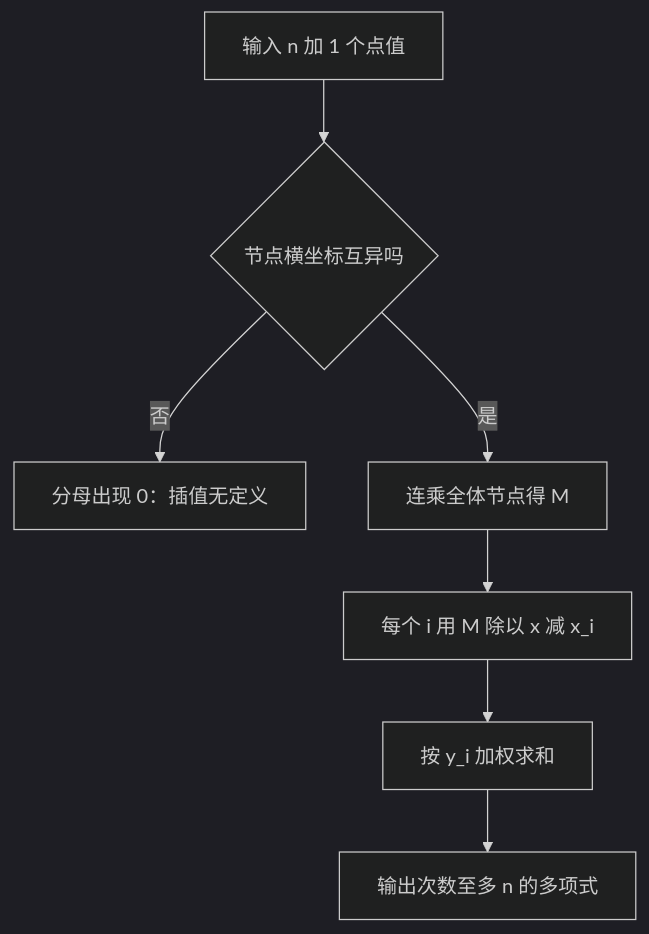
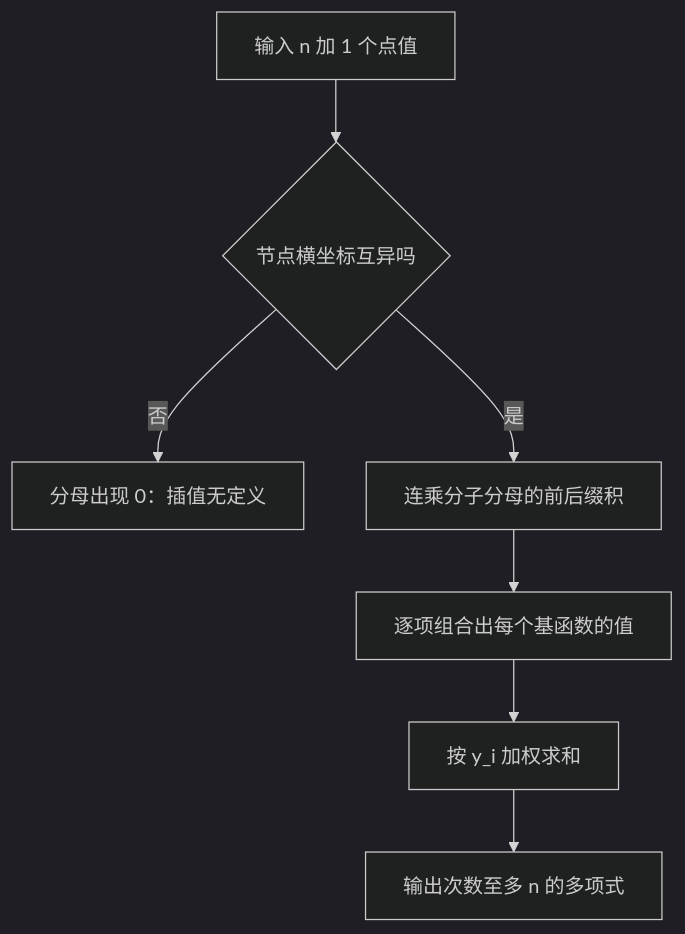
The first of 2 diagrams in docs/cs/lagrange-interpolation.md (xhongduo-tech/xhongduo-tech.github.io), drawn with Mermaid (dark theme) before and after one commit. The commit also changed other lines of this file and 7 other files, not shown here.

````diff
--- a/docs/cs/lagrange-interpolation.md
+++ b/docs/cs/lagrange-interpolation.md
@@ -26,9 +26,9 @@
 ```mermaid
 flowchart TD
   A["输入 n 加 1 个点值"] --> B{"节点横坐标互异吗"}
   B -->|"否"| E["分母出现 0：插值无定义"]
-  B -->|"是"| C["连乘全体节点得 M"]
-  C --> D["每个 i 用 M 除以 x 减 x_i"]
+  B -->|"是"| C["连乘分子分母的前后缀积"]
+  C --> D["逐项组合出每个基函数的值"]
   D --> F["按 y_i 加权求和"]
   F --> G["输出次数至多 n 的多项式"]
 ```
````
